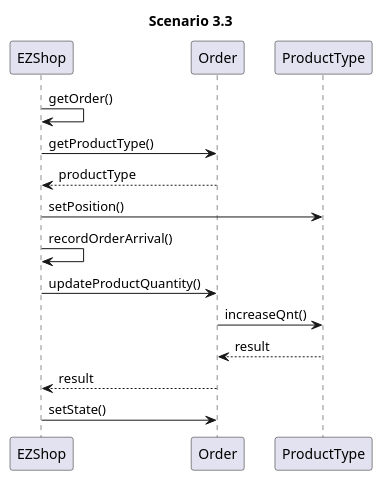
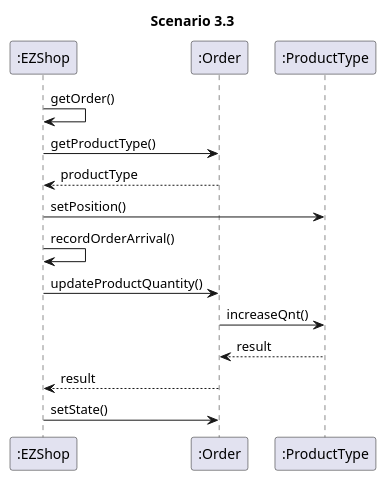
One commit to marco-ballario/EzShop changed the seventh of 10 diagrams in Deliverables/DesignDocument.md. Above: the diagram before and after it, drawn with PlantUML. The commit also changed other lines of this file, not shown here.

````diff
--- a/Deliverables/DesignDocument.md
+++ b/Deliverables/DesignDocument.md
@@ -310,13 +310,13 @@
 ```plantuml
 title Scenario 3.3
-EZShop -> EZShop: getOrder()
-EZShop -> Order: getProductType()
-Order --> EZShop: productType
-EZShop -> ProductType: setPosition()
-EZShop -> EZShop: recordOrderArrival()
-EZShop -> Order: updateProductQuantity()
-Order -> ProductType: increaseQnt()
-ProductType --> Order: result
-Order --> EZShop: result
-EZShop -> Order: setState()
+":EZShop" -> ":EZShop": getOrder()
+":EZShop" -> ":Order": getProductType()
+":Order" --> ":EZShop": productType
+":EZShop" -> ":ProductType": setPosition()
+":EZShop" -> ":EZShop": recordOrderArrival()
+":EZShop" -> ":Order": updateProductQuantity()
+":Order" -> ":ProductType": increaseQnt()
+":ProductType" --> ":Order": result
+":Order" --> ":EZShop": result
+":EZShop" -> ":Order": setState()
 ```
````
